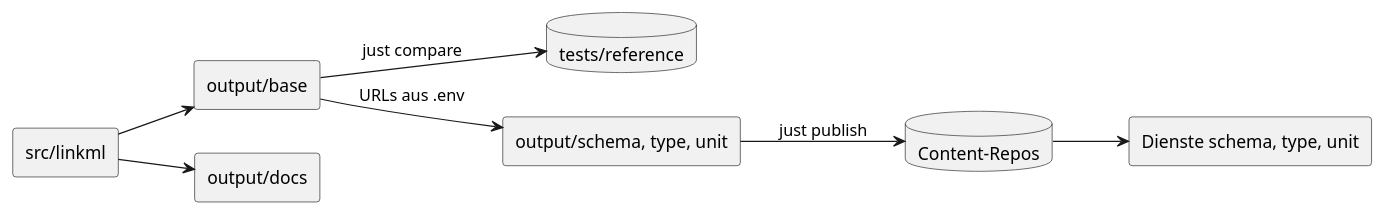
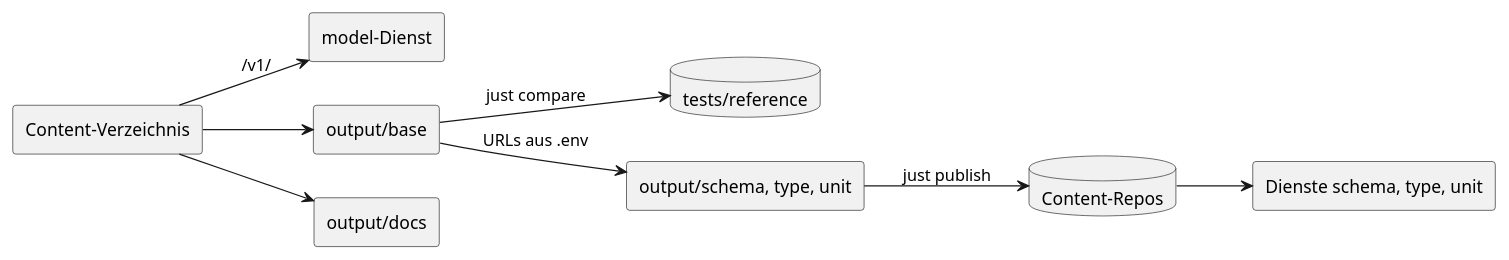
Before and after one commit to ifdd-de/model: the diagram in {{cookiecutter.ifdd_model_prj_slug}}/docs/de/index.md, drawn with PlantUML. The commit also changed other lines of this file and 32 other files, not shown here.

````diff
--- a/{{cookiecutter.ifdd_model_prj_slug}}/docs/de/index.md
+++ b/{{cookiecutter.ifdd_model_prj_slug}}/docs/de/index.md
@@ -31,18 +34,20 @@
 ```{uml}
 @startuml
 left to right direction
-  rectangle "src/linkml" as Src
+  rectangle "Content-Verzeichnis" as Src
+  rectangle "model-Dienst" as Model
+  Src --> Model : /v1/
   rectangle "output/base" as Base
   Src --> Base
   database "tests/reference" as Ref
   Base --> Ref : just compare
   rectangle "output/schema, type, unit" as Out
   Base --> Out : URLs aus .env
   database "Content-Repos" as Content
   Out --> Content : just publish
   rectangle "Dienste schema, type, unit" as Services
   Content --> Services
   rectangle "output/docs" as Docs
   Src --> Docs
 @enduml
 ```
````
